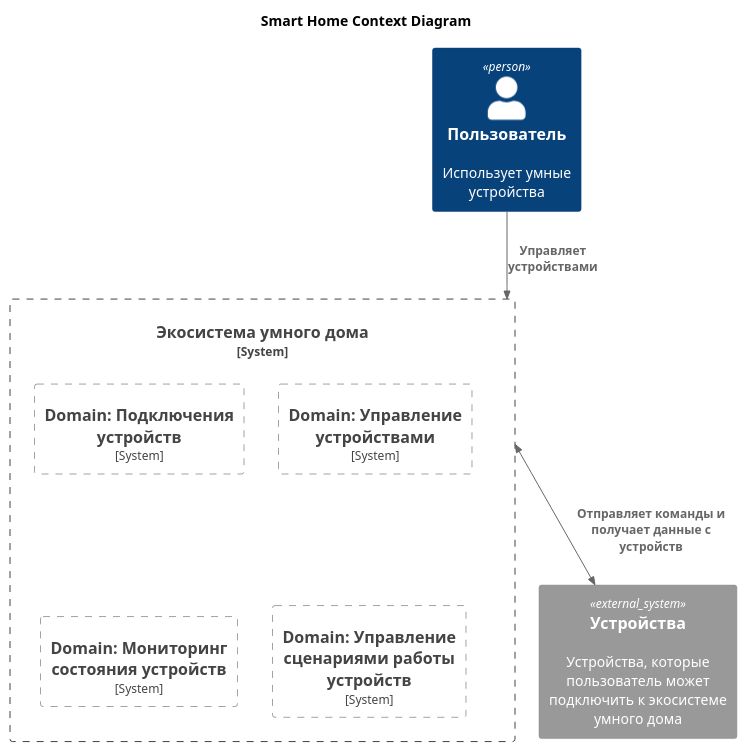
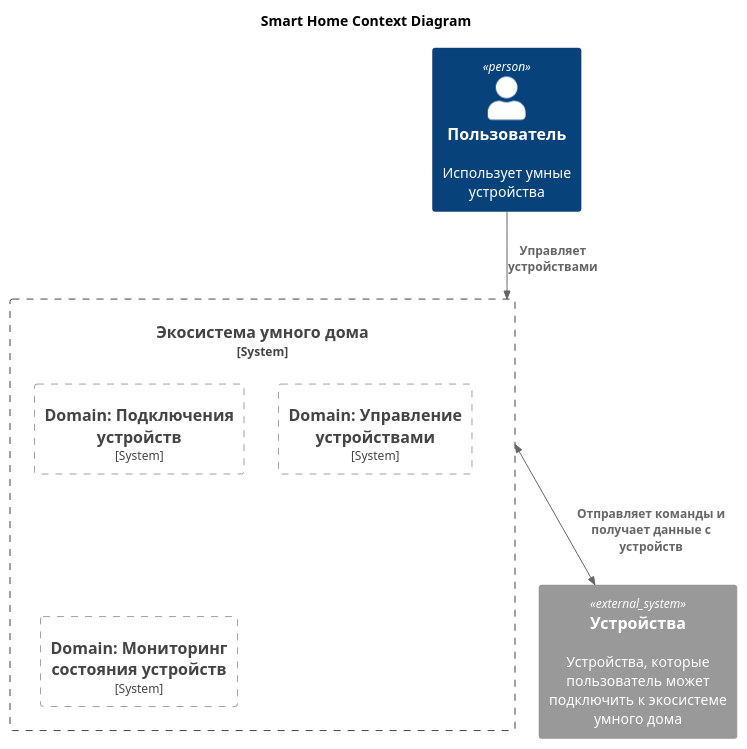
One commit to awks88/expert-octo-rotary-phone changed the diagram in docs/to-be/context/SmartHome_context.puml. Above: the diagram before and after it, drawn with PlantUML. The commit also changed 3 other files, not shown here.

Commit message:
feat: обновление диаграмм для улучшения структуры и ясности системы умного дома

```diff
--- a/docs/to-be/context/SmartHome_context.puml
+++ b/docs/to-be/context/SmartHome_context.puml
@@ -1,27 +1,25 @@
 @startuml Smart Home Context Diagram
 
 !include https://raw.githubusercontent.com/plantuml-stdlib/C4-PlantUML/master/C4_Context.puml
 
 title Smart Home Context Diagram
 
 Person(User, "Пользователь", "Использует умные устройства")
 
 System_Ext(Device, "Устройства", "Устройства, которые пользователь может подключить к экосистеме умного дома")
 
 System_Boundary(SmartHomeSystem, "Экосистема умного дома") {
 
   System_Boundary(Connector, "Domain: Подключения устройств") 
 
   System_Boundary(Handlers, "Domain: Управление устройствами") 
 
   System_Boundary(Monitoring, "Domain: Мониторинг состояния устройств") 
 
-  System_Boundary(Automation, "Domain: Управление сценариями работы устройств")
-
 }
 
 
 Rel(User, SmartHomeSystem, "Управляет устройствами")
 BiRel(SmartHomeSystem, Device, "Отправляет команды и получает данные с устройств")
 
 @enduml
```
